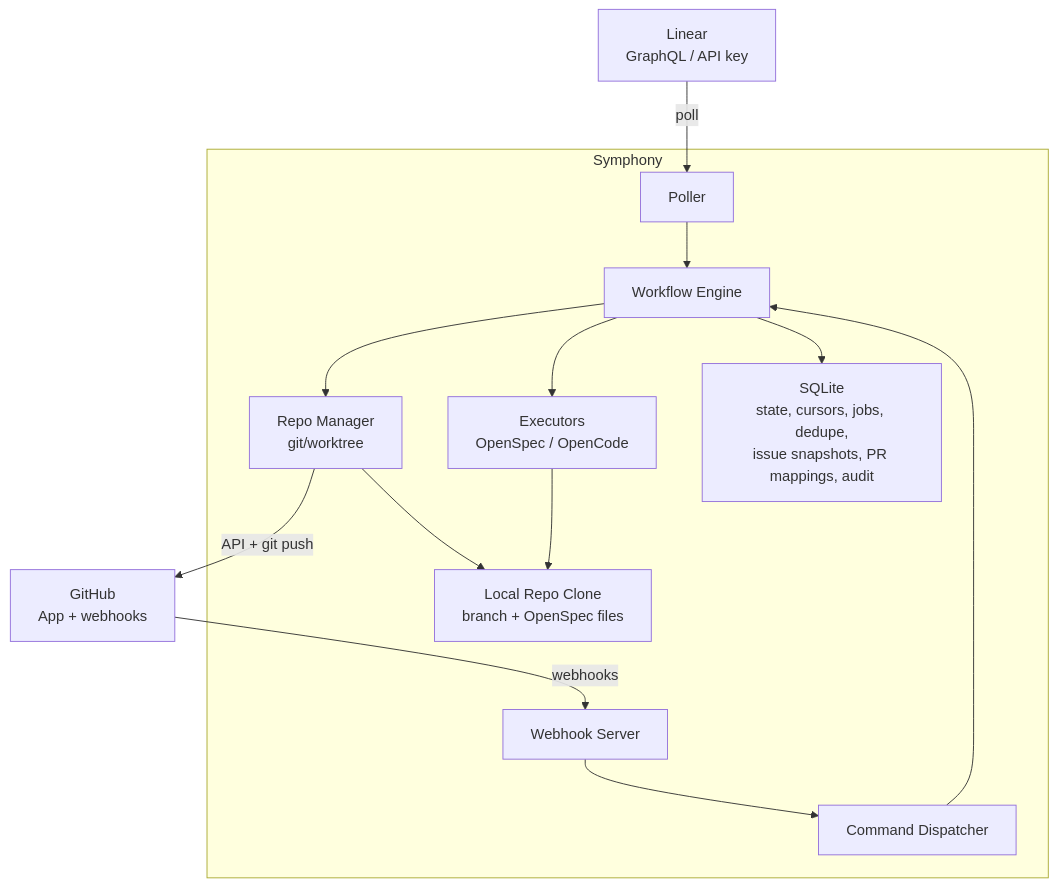
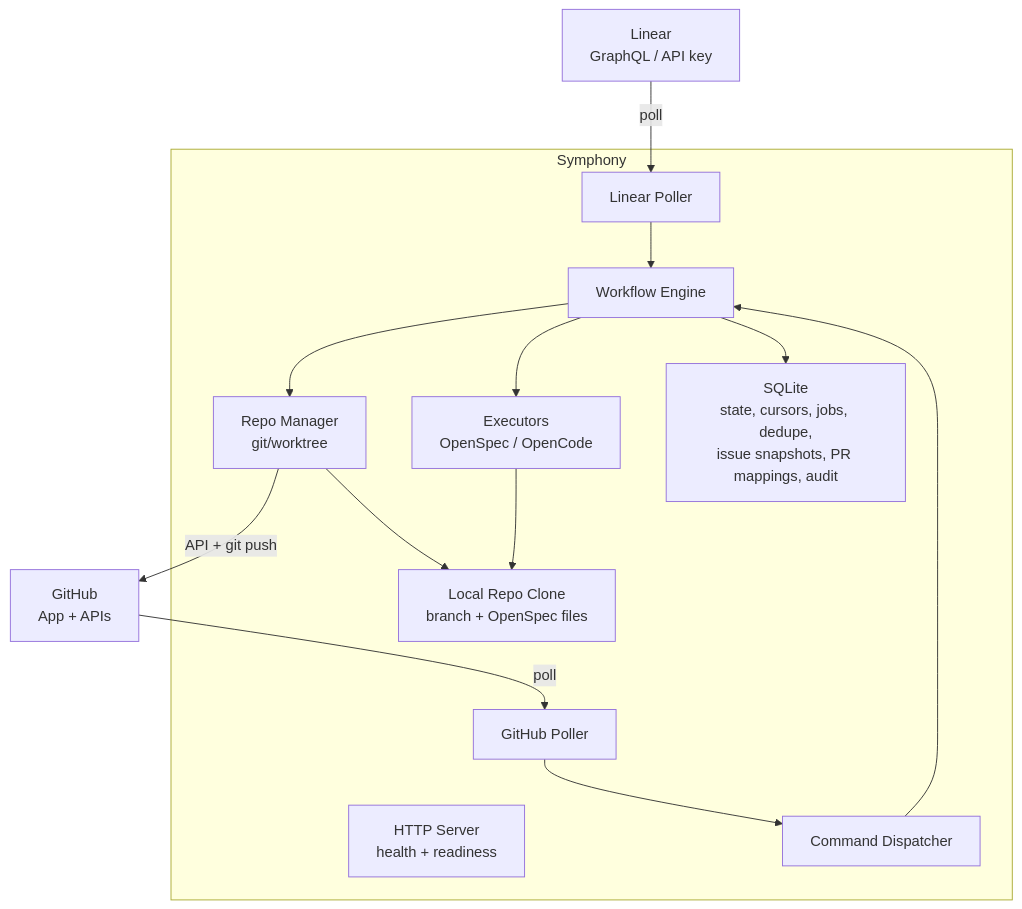
The first of 3 diagrams in docs/architecture.md (mngeow/heimdall), drawn with Mermaid before and after one commit. The commit also changed other lines of this file and 38 other files, not shown here.

First line of the commit message:
feat: poll GitHub PR commands instead of webhooks (#2)

````diff
--- a/docs/architecture.md
+++ b/docs/architecture.md
@@ -12,26 +13,27 @@
 ```mermaid
 flowchart TB
     Linear["Linear<br/>GraphQL / API key"] -->|poll| Poller
-    GitHub["GitHub<br/>App + webhooks"] -->|webhooks| WebhookServer
+    GitHub["GitHub<br/>App + APIs"] -->|poll| GitHubPoller
 
     subgraph Symphony["Symphony"]
-        Poller["Poller"]
-        WebhookServer["Webhook Server"]
+        Poller["Linear Poller"]
+        GitHubPoller["GitHub Poller"]
+        HTTPServer["HTTP Server<br/>health + readiness"]
         CommandDispatcher["Command Dispatcher"]
         WorkflowEngine["Workflow Engine"]
         RepoManager["Repo Manager<br/>git/worktree"]
         Executors["Executors<br/>OpenSpec / OpenCode"]
         LocalRepo["Local Repo Clone<br/>branch + OpenSpec files"]
         SQLite["SQLite<br/>state, cursors, jobs, dedupe,<br/>issue snapshots, PR mappings, audit"]
 
         Poller --> WorkflowEngine
-        WebhookServer --> CommandDispatcher --> WorkflowEngine
+        GitHubPoller --> CommandDispatcher --> WorkflowEngine
         WorkflowEngine --> RepoManager
         WorkflowEngine --> Executors
         WorkflowEngine --> SQLite
         RepoManager --> LocalRepo
         Executors --> LocalRepo
     end
 
     RepoManager -->|API + git push| GitHub
 ```
````
